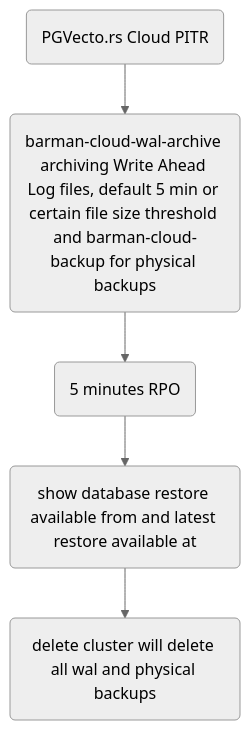
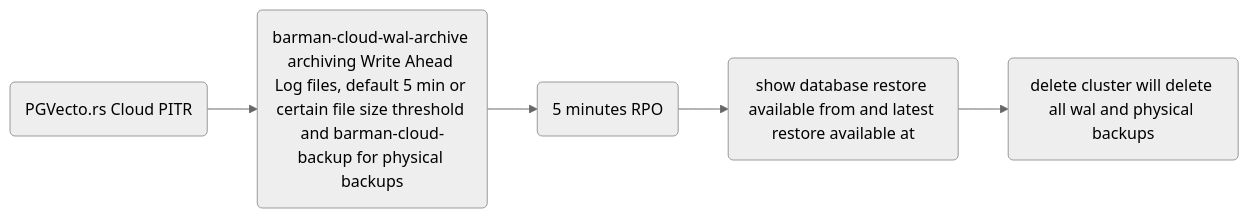
The fourth of 4 diagrams in en/postgres-ha/index.md (xieydd/xieydd.github.io), drawn with Mermaid (neutral theme) before and after one commit. The commit also changed other lines of this file and 96 other files, not shown here.

````diff
--- a/en/postgres-ha/index.md
+++ b/en/postgres-ha/index.md
@@ -198,7 +226,7 @@
-```mermaid
-graph TD;
-A(PGVecto.rs Cloud PITR)-->B(barman-cloud-wal-archive archiving Write Ahead Log files, default 5 min or certain file size threshold and barman-cloud-backup for physical backups);
-B-->C(5 minutes RPO);
-C-->D(show database restore available from and latest restore available at);
-D-->E(delete cluster will delete all wal and physical backups);
-```
+    ```mermaid
+    graph LR;
+    A(PGVecto.rs Cloud PITR)-->B(barman-cloud-wal-archive archiving Write Ahead Log files, default 5 min or certain file size threshold and barman-cloud-backup for physical backups);
+    B-->C(5 minutes RPO);
+    C-->D(show database restore available from and latest restore available at);
+    D-->E(delete cluster will delete all wal and physical backups);
+    ```
````
